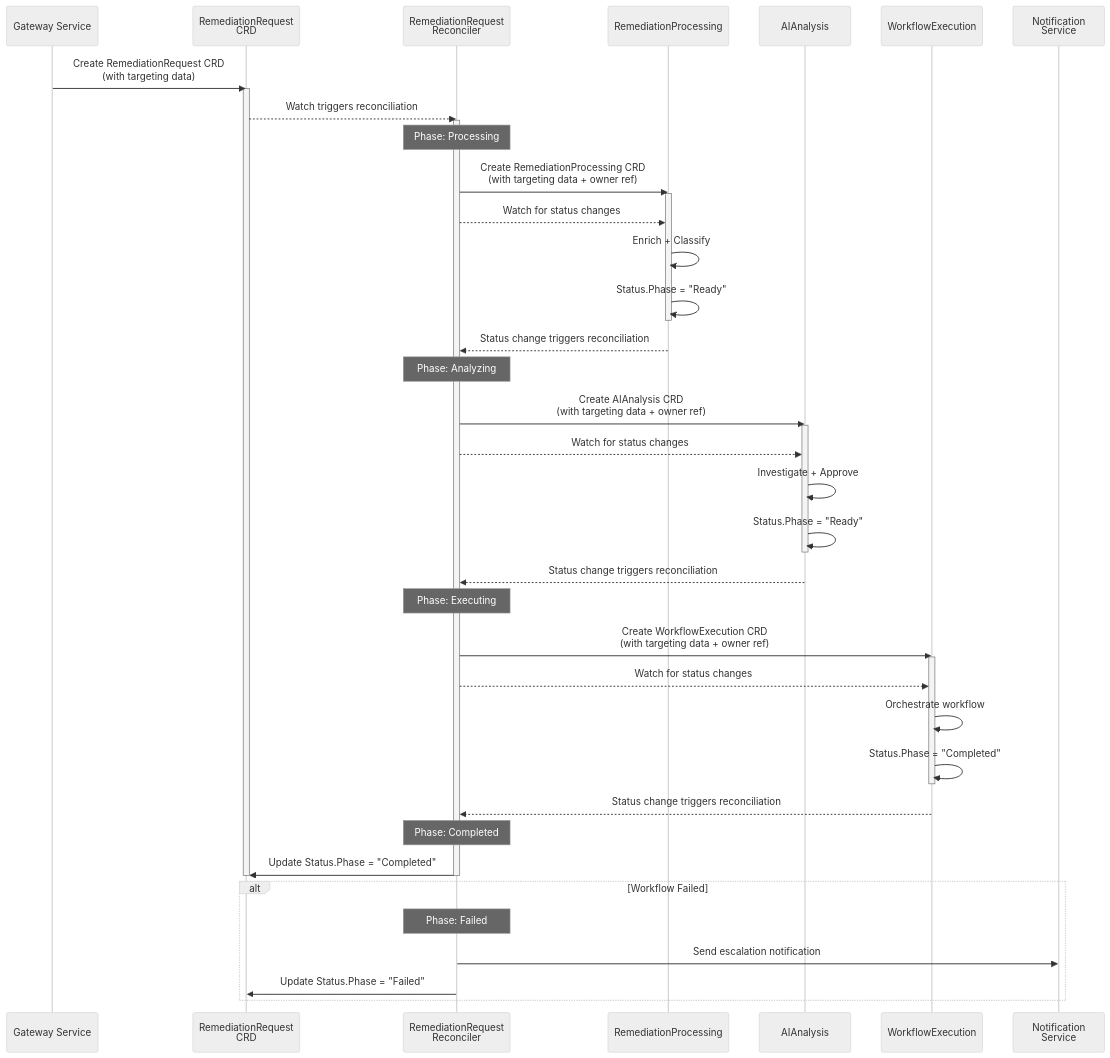
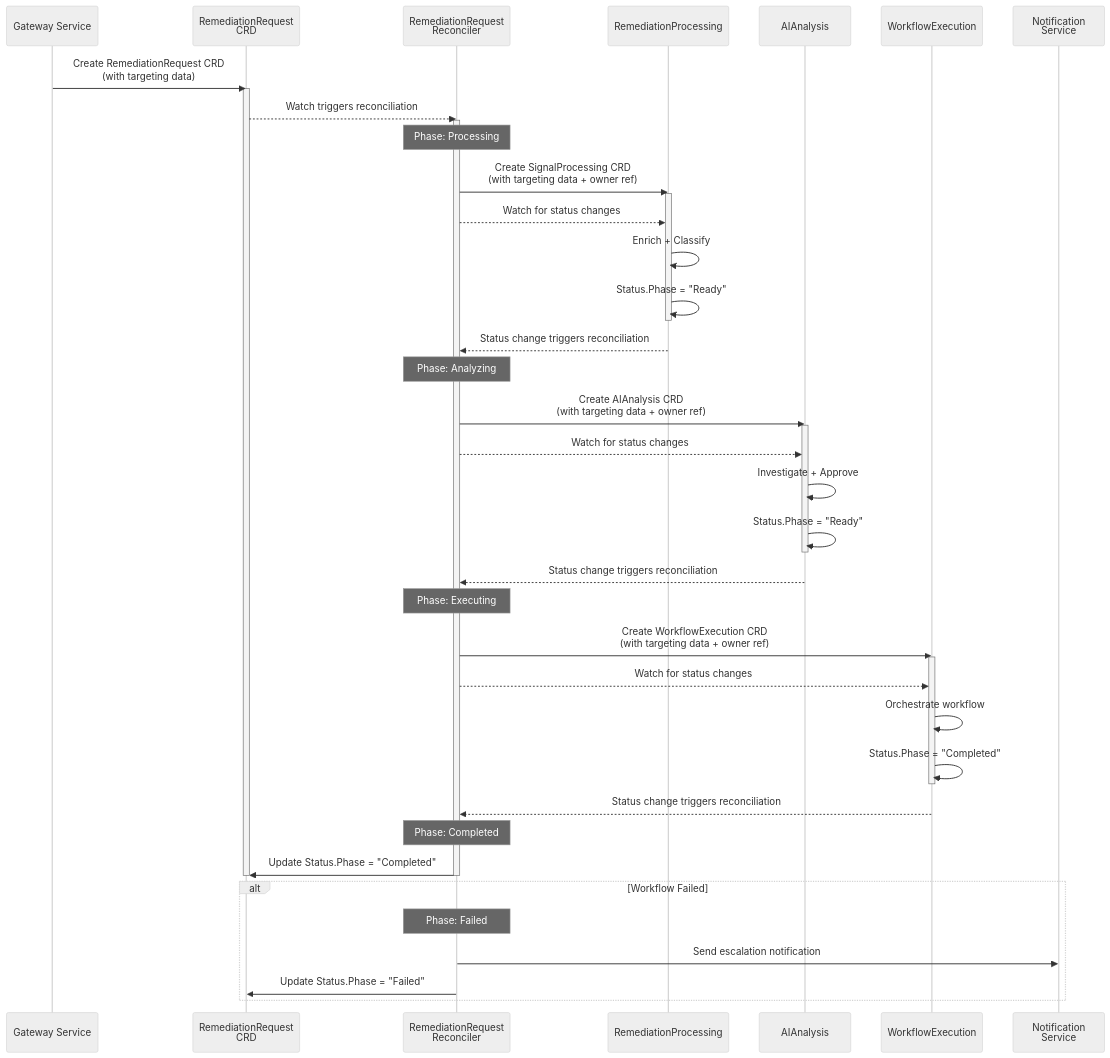
Before and after one commit to jordigilh/kubernaut: diagram 14 of 16 in docs/architecture/references/visual-diagrams-master.md, drawn with Mermaid (neutral theme). The commit also changed other lines of this file and 142 other files, not shown here.

First line of the commit message:
docs: Complete RemediationProcessing to SignalProcessing rename (DD-SIGNAL-PROCESSING-001)

````diff
--- a/docs/architecture/references/visual-diagrams-master.md
+++ b/docs/architecture/references/visual-diagrams-master.md
@@ -568,53 +568,53 @@
 ```mermaid
 sequenceDiagram
     participant GW as Gateway Service
     participant AR as RemediationRequest<br/>CRD
     participant Ctrl as RemediationRequest<br/>Reconciler
     participant AP as RemediationProcessing
     participant AIA as AIAnalysis
     participant WE as WorkflowExecution
     participant Not as Notification<br/>Service
 
     GW->>AR: Create RemediationRequest CRD<br/>(with targeting data)
     activate AR
     AR-->>Ctrl: Watch triggers reconciliation
     activate Ctrl
 
     Note over Ctrl: Phase: Processing
-    Ctrl->>AP: Create RemediationProcessing CRD<br/>(with targeting data + owner ref)
+    Ctrl->>AP: Create SignalProcessing CRD<br/>(with targeting data + owner ref)
     activate AP
     Ctrl-->>AP: Watch for status changes
     AP->>AP: Enrich + Classify
     AP->>AP: Status.Phase = "Ready"
     deactivate AP
     AP-->>Ctrl: Status change triggers reconciliation
 
     Note over Ctrl: Phase: Analyzing
     Ctrl->>AIA: Create AIAnalysis CRD<br/>(with targeting data + owner ref)
     activate AIA
     Ctrl-->>AIA: Watch for status changes
     AIA->>AIA: Investigate + Approve
     AIA->>AIA: Status.Phase = "Ready"
     deactivate AIA
     AIA-->>Ctrl: Status change triggers reconciliation
 
     Note over Ctrl: Phase: Executing
     Ctrl->>WE: Create WorkflowExecution CRD<br/>(with targeting data + owner ref)
     activate WE
     Ctrl-->>WE: Watch for status changes
     WE->>WE: Orchestrate workflow
     WE->>WE: Status.Phase = "Completed"
     deactivate WE
     WE-->>Ctrl: Status change triggers reconciliation
 
     Note over Ctrl: Phase: Completed
     Ctrl->>AR: Update Status.Phase = "Completed"
     deactivate Ctrl
     deactivate AR
 
     alt Workflow Failed
         Note over Ctrl: Phase: Failed
         Ctrl->>Not: Send escalation notification
         Ctrl->>AR: Update Status.Phase = "Failed"
     end
 ```
````
